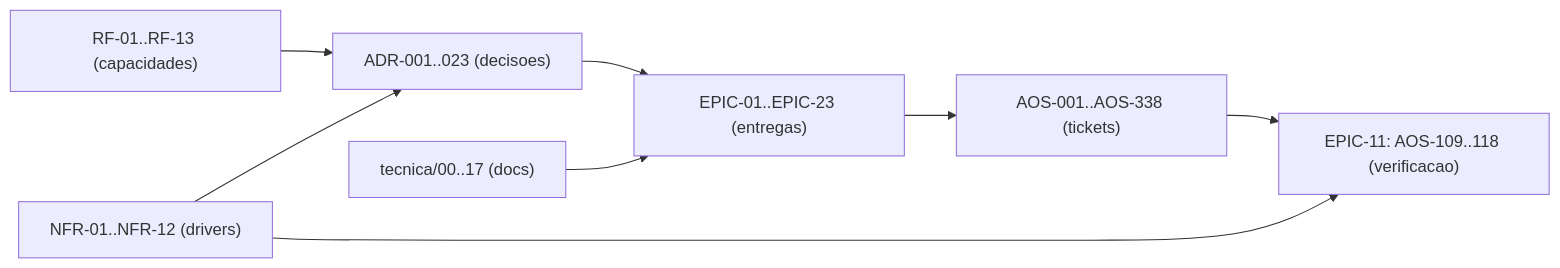
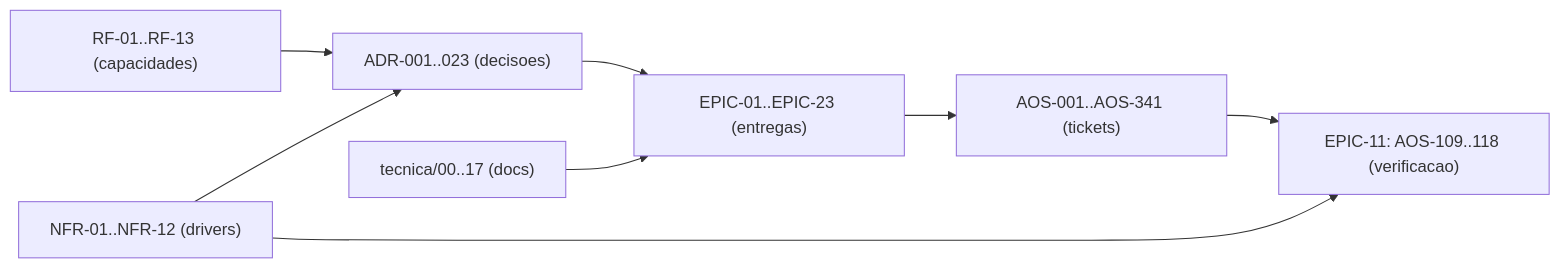
Before and after one commit to albinoJimy/aos: the diagram in tecnica/16_Rastreabilidade_RTM.md, drawn with Mermaid. The commit also changed other lines of this file and 9 other files, not shown here.

````diff
--- a/tecnica/16_Rastreabilidade_RTM.md
+++ b/tecnica/16_Rastreabilidade_RTM.md
@@ -180,10 +180,10 @@
 ```mermaid
 flowchart LR
     RF["RF-01..RF-13 (capacidades)"] --> ADR["ADR-001..023 (decisoes)"]
     NFR["NFR-01..NFR-12 (drivers)"] --> ADR
     ADR --> EPIC["EPIC-01..EPIC-23 (entregas)"]
-    EPIC --> TICK["AOS-001..AOS-338 (tickets)"]
+    EPIC --> TICK["AOS-001..AOS-341 (tickets)"]
     DOC["tecnica/00..17 (docs)"] --> EPIC
     TICK --> TEST["EPIC-11: AOS-109..118 (verificacao)"]
     NFR --> TEST
 ```
````
